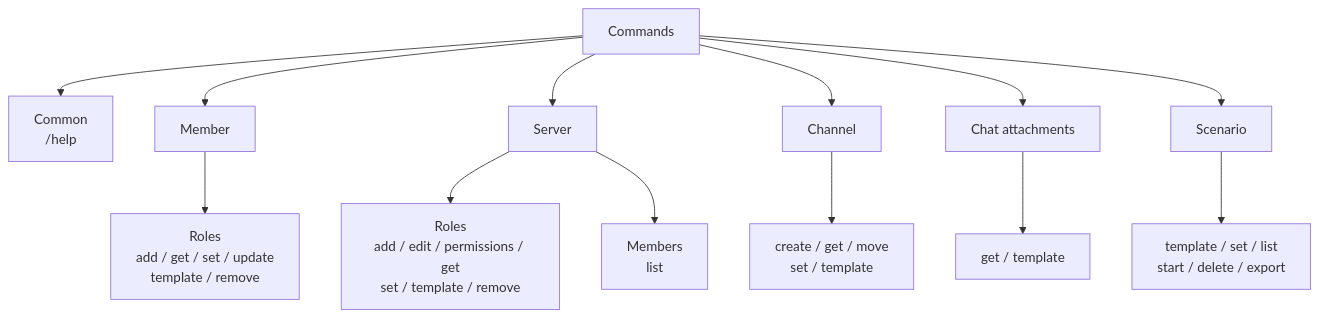
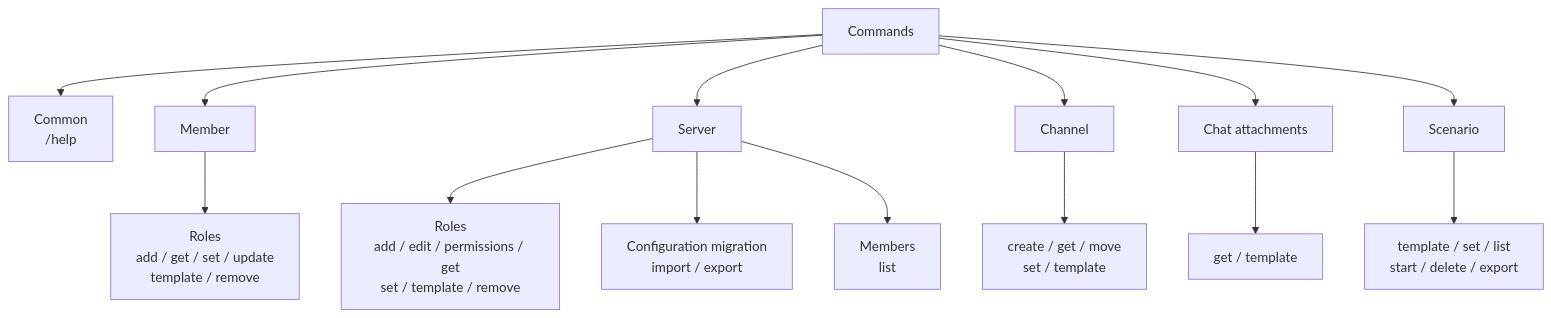
Before and after one commit to tenkouryu/DiscordBot_ServerController: the diagram in Document/README_EN.md, drawn with Mermaid. The commit also changed other lines of this file and 55 other files, not shown here.

````diff
--- a/Document/README_EN.md
+++ b/Document/README_EN.md
@@ -134,16 +95,17 @@
 ```mermaid
 flowchart TD
     A["Commands"] --> B["Common<br/>/help"]
     A --> C["Member"]
     A --> D["Server"]
     A --> E["Channel"]
     A --> F["Chat attachments"]
     A --> G["Scenario"]
 
     C --> C1["Roles<br/>add / get / set / update<br/>template / remove"]
     D --> D1["Roles<br/>add / edit / permissions / get<br/>set / template / remove"]
+    D --> D3["Configuration migration<br/>import / export"]
     D --> D2["Members<br/>list"]
     E --> E1["create / get / move<br/>set / template"]
     F --> F1["get / template"]
     G --> G1["template / set / list<br/>start / delete / export"]
 ```
````
